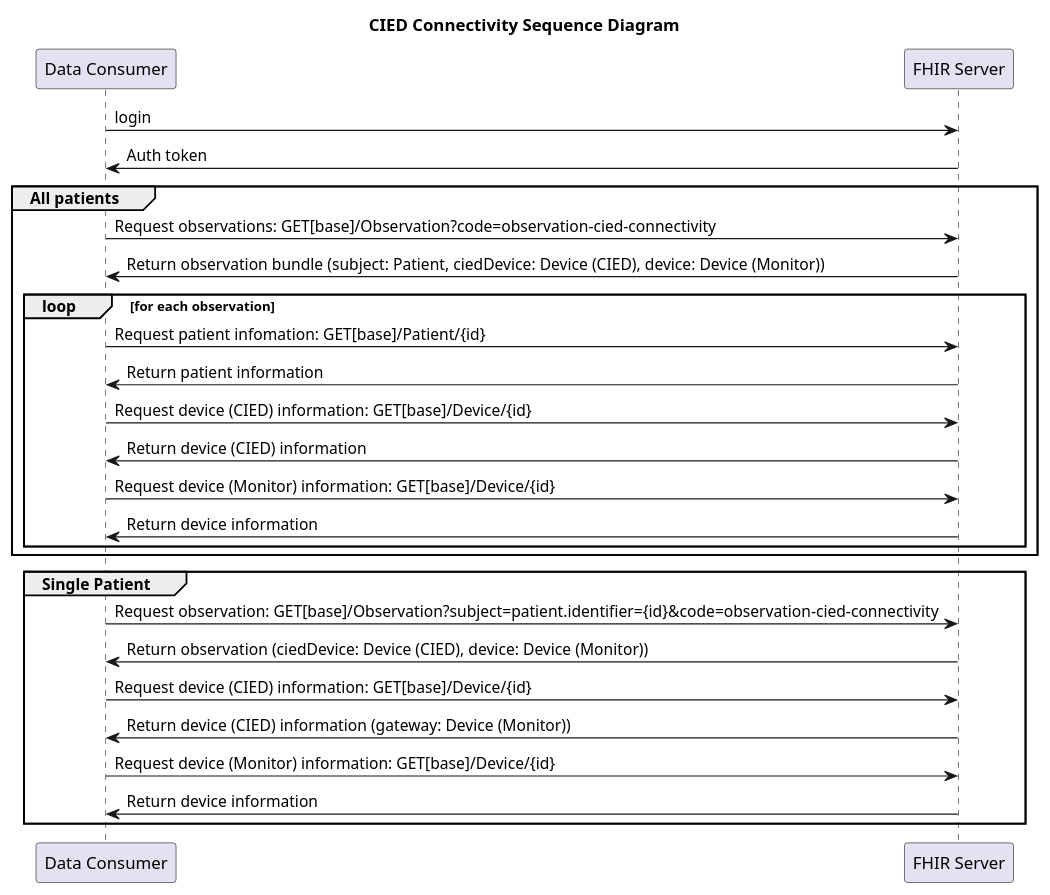
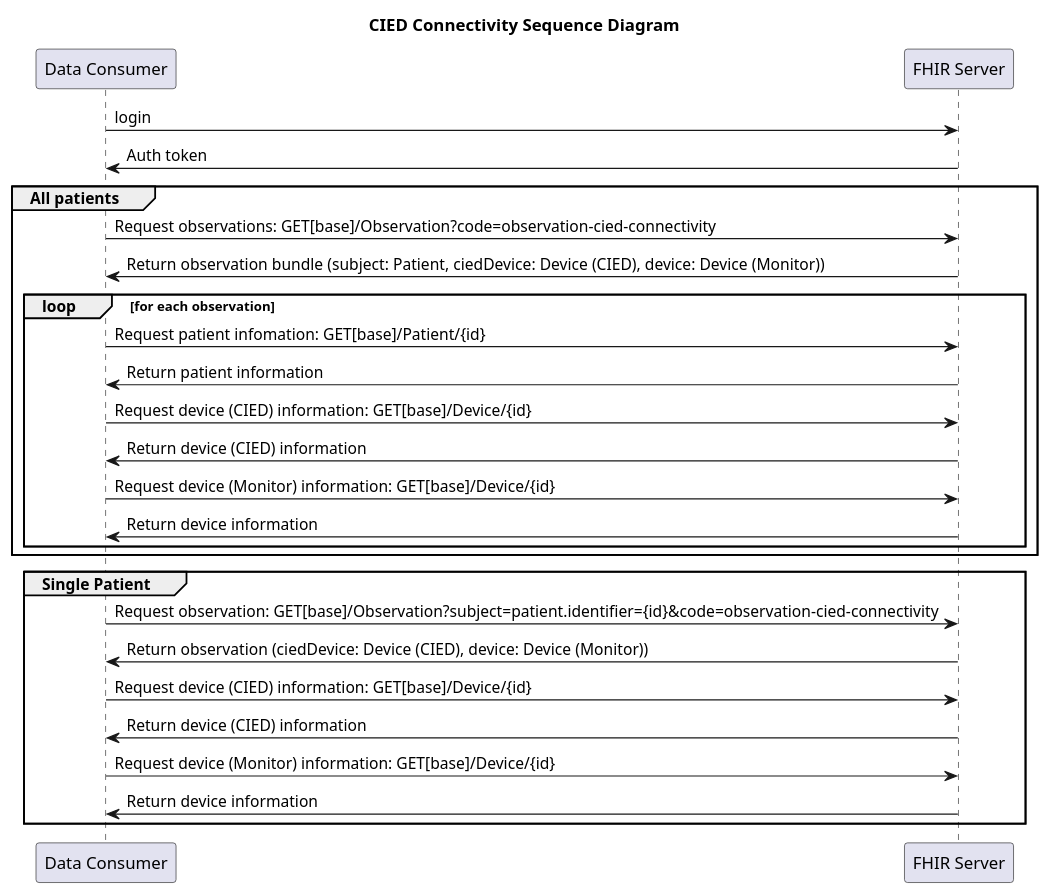
One commit to HL7/CardX-CIED changed the diagram in input/images-source/connectivity-sequence.plantuml. Above: the diagram before and after it, drawn with PlantUML. The commit also changed 4 other files, not shown here.

```diff
--- a/input/images-source/connectivity-sequence.plantuml
+++ b/input/images-source/connectivity-sequence.plantuml
@@ -1,33 +1,33 @@
 @startuml
 title CIED Connectivity Sequence Diagram
 
 participant "Data Consumer" as con
 participant "FHIR Server" as FHIR
 
 con -> FHIR : login
 FHIR -> con : Auth token
 
 group All patients
     con -> FHIR : Request observations: GET[base]/Observation?code=observation-cied-connectivity
     FHIR -> con : Return observation bundle (subject: Patient, ciedDevice: Device (CIED), device: Device (Monitor))
 
     loop for each observation
         con -> FHIR : Request patient infomation: GET[base]/Patient/{id}
         FHIR -> con : Return patient information
         con -> FHIR : Request device (CIED) information: GET[base]/Device/{id}
         FHIR -> con : Return device (CIED) information
         con -> FHIR : Request device (Monitor) information: GET[base]/Device/{id}
         FHIR -> con : Return device information    
     end
 end
 
 group Single Patient
     con -> FHIR : Request observation: GET[base]/Observation?subject=patient.identifier={id}&code=observation-cied-connectivity
     FHIR -> con : Return observation (ciedDevice: Device (CIED), device: Device (Monitor))
     con -> FHIR : Request device (CIED) information: GET[base]/Device/{id}
-    FHIR -> con : Return device (CIED) information (gateway: Device (Monitor))
+    FHIR -> con : Return device (CIED) information
     con -> FHIR : Request device (Monitor) information: GET[base]/Device/{id}
     FHIR -> con : Return device information    
     end
 
 @enduml
```
